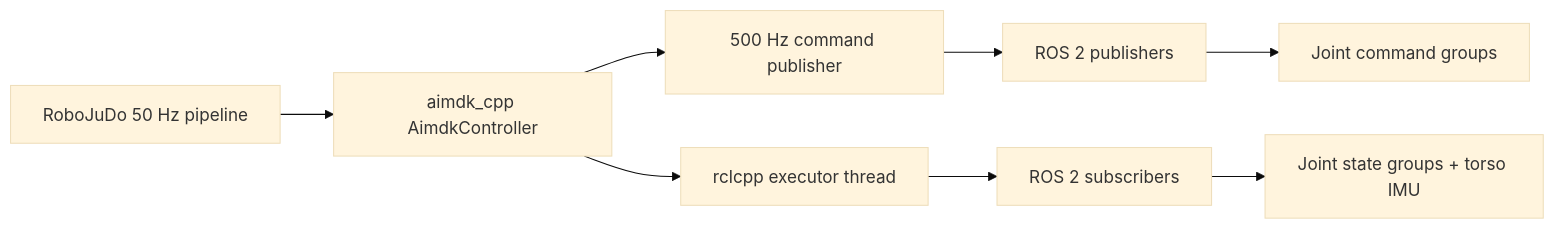
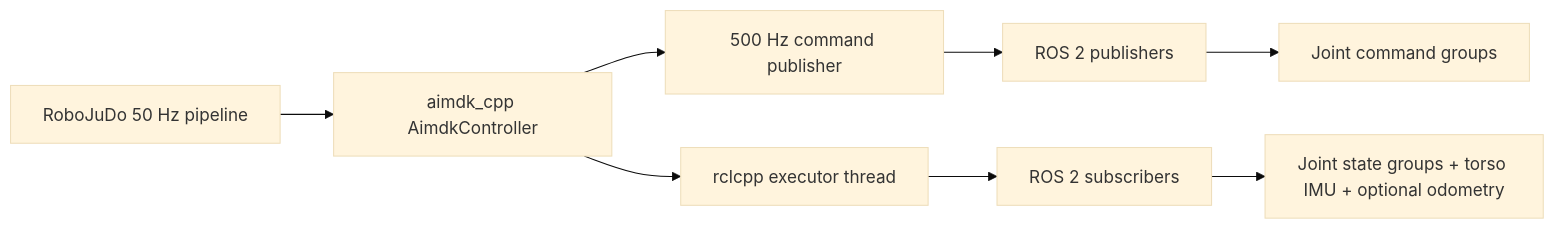
Before and after one commit to chifongip/RoboJuDo-Plus: the second of 3 diagrams in docs/system_schematic.md, drawn with Mermaid (base theme). The commit also changed other lines of this file and 25 other files, not shown here.

````diff
--- a/docs/system_schematic.md
+++ b/docs/system_schematic.md
@@ -84,10 +84,10 @@
 ```mermaid
 flowchart LR
     Py[RoboJuDo 50 Hz pipeline] --> Cpp[aimdk_cpp AimdkController]
     Cpp --> Loop[500 Hz command publisher]
     Cpp --> Exec[rclcpp executor thread]
     Exec --> Subs[ROS 2 subscribers]
     Loop --> Pubs[ROS 2 publishers]
-    Subs --> State[Joint state groups + torso IMU]
+    Subs --> State[Joint state groups + torso IMU + optional odometry]
     Pubs --> Cmd[Joint command groups]
 ```
````
